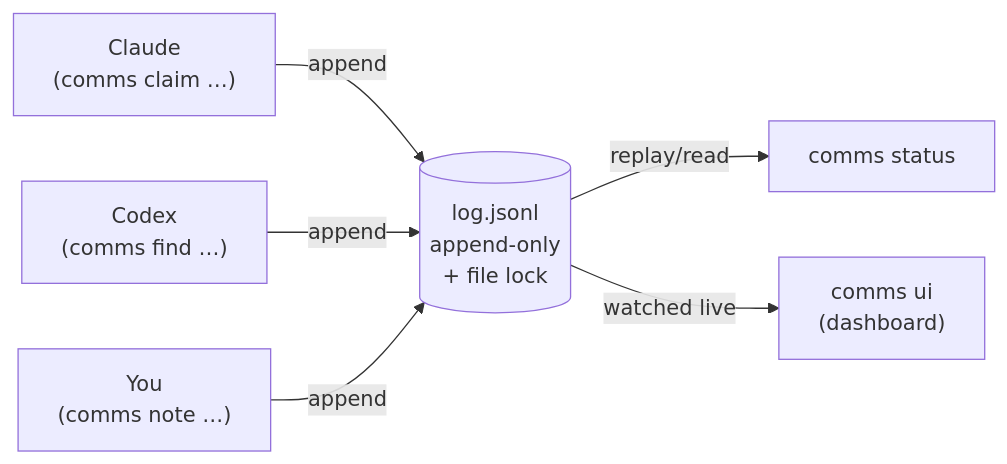
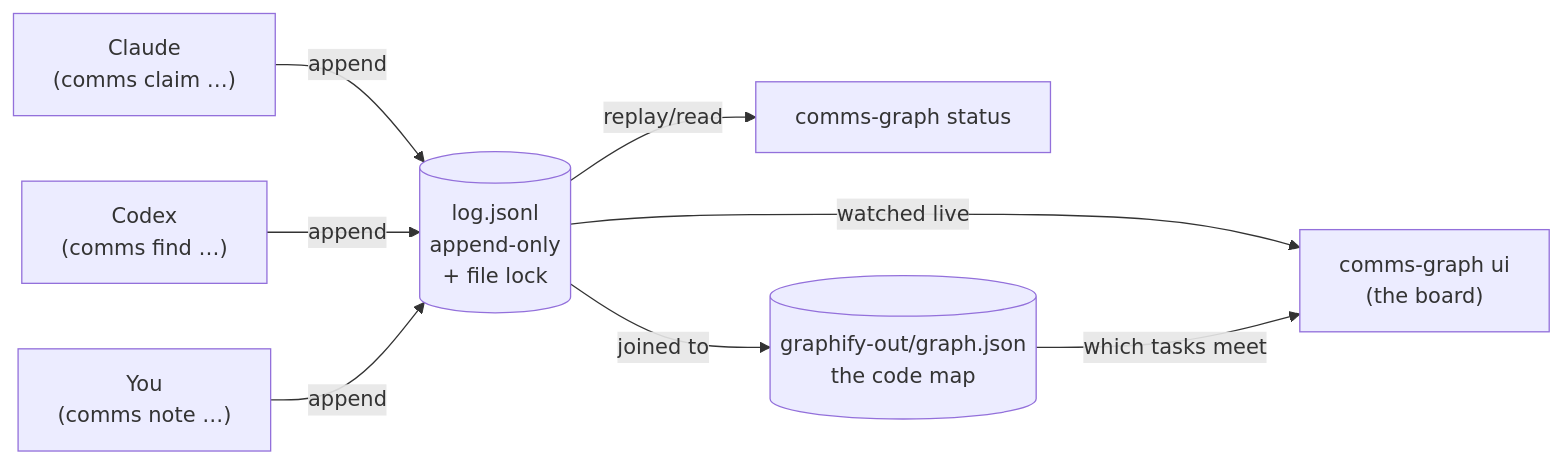
One commit to dpa-plus/comms changed the diagram in README.md. Above: the diagram before and after it, drawn with Mermaid. The commit also changed other lines of this file and 2 other files, not shown here.

````diff
--- a/README.md
+++ b/README.md
@@ -93,8 +111,10 @@
 ```mermaid
 flowchart LR
     A["Claude<br/>(comms claim …)"] -- append --> L[("log.jsonl<br/>append-only<br/>+ file lock")]
     B["Codex<br/>(comms find …)"] -- append --> L
     C["You<br/>(comms note …)"] -- append --> L
-    L -- replay/read --> D["comms status"]
-    L -- watched live --> U["comms ui<br/>(dashboard)"]
+    L -- replay/read --> D["comms-graph status"]
+    L -- watched live --> U["comms-graph ui<br/>(the board)"]
+    L -- joined to --> G[("graphify-out/graph.json<br/>the code map")]
+    G -- which tasks meet --> U
 ```
````
